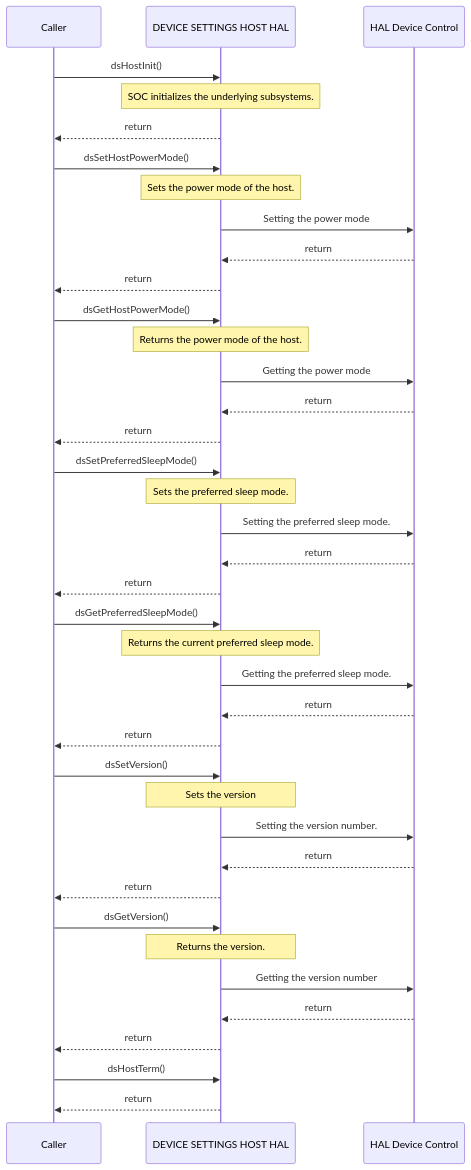
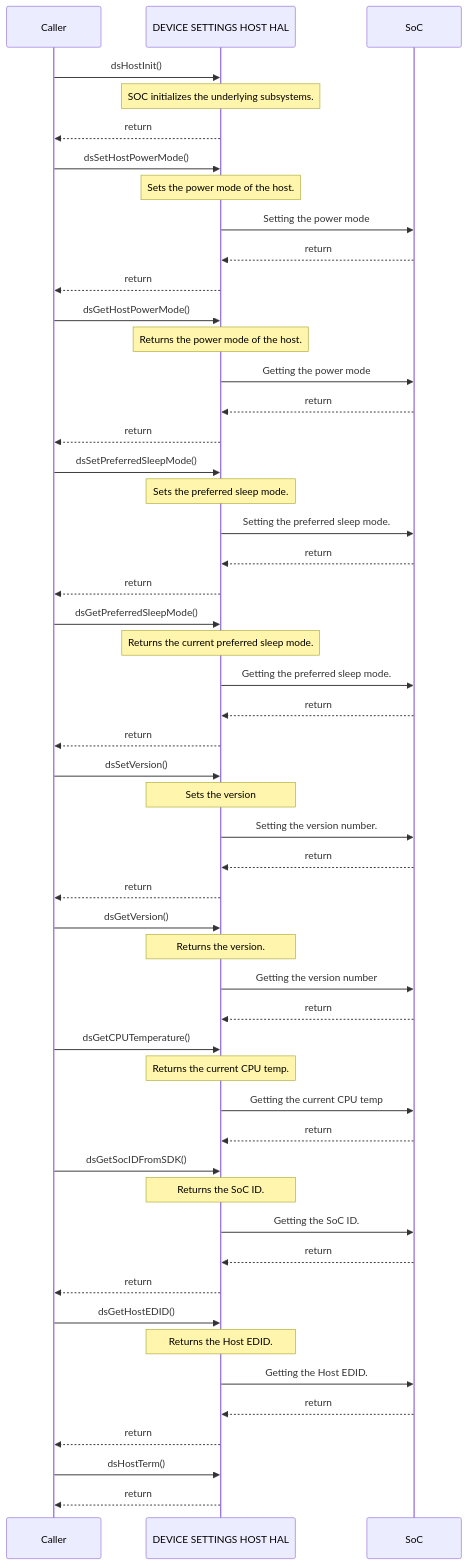
One commit to rdkcentral/rdk-halif-device_settings changed the second of 2 diagrams in docs/pages/dsHost_halSpec.md. Above: the diagram before and after it, drawn with Mermaid. The commit also changed other lines of this file and 11 other files, not shown here.

````diff
--- a/docs/pages/dsHost_halSpec.md
+++ b/docs/pages/dsHost_halSpec.md
@@ -159,42 +164,55 @@
 ```mermaid
 %%{ init : { "theme" : "default", "flowchart" : { "curve" : "stepBefore" }}}%%
    sequenceDiagram
     participant Caller as Caller
     participant HAL as DEVICE SETTINGS HOST HAL
-    participant Driver as HAL Device Control
+    participant Driver as SoC
     Caller->>HAL:dsHostInit()
     Note over HAL: SOC initializes the underlying subsystems.
     HAL-->>Caller:return
     Caller->>HAL:dsSetHostPowerMode()
     Note over HAL: Sets the power mode of the host.
     HAL->>Driver:Setting the power mode
     Driver-->>HAL:return
     HAL-->>Caller:return
     Caller->>HAL:dsGetHostPowerMode()
     Note over HAL: Returns the power mode of the host.
     HAL->>Driver:Getting the power mode
     Driver-->>HAL:return
     HAL-->>Caller:return
     Caller->>HAL:dsSetPreferredSleepMode()
     Note over HAL: Sets the preferred sleep mode.
     HAL->>Driver:Setting the preferred sleep mode.
     Driver-->>HAL:return
     HAL-->>Caller:return
     Caller->>HAL:dsGetPreferredSleepMode()
     Note over HAL: Returns the current preferred sleep mode.
     HAL->>Driver:Getting the preferred sleep mode.
     Driver-->>HAL:return
     HAL-->>Caller:return
     Caller->>HAL:dsSetVersion()
     Note over HAL: Sets the version
     HAL->>Driver:Setting the version number.
     Driver-->>HAL:return
     HAL-->>Caller:return
     Caller->>HAL:dsGetVersion()
     Note over HAL: Returns the version.
     HAL->>Driver:Getting the version number
     Driver-->>HAL:return
+    Caller->>HAL:dsGetCPUTemperature()
+    Note over HAL: Returns the current CPU temp.
+    HAL->>Driver:Getting the current CPU temp
+    Driver-->>HAL:return
+    Caller->>HAL:dsGetSocIDFromSDK()
+    Note over HAL: Returns the SoC ID.
+    HAL->>Driver:Getting the SoC ID.
+    Driver-->>HAL:return
+    HAL-->>Caller:return
+    Caller->>HAL:dsGetHostEDID()
+    Note over HAL: Returns the Host EDID.
+    HAL->>Driver:Getting the Host EDID.
+    Driver-->>HAL:return
     HAL-->>Caller:return
     Caller ->>HAL:dsHostTerm()
     HAL-->>Caller:return
  ```
````
